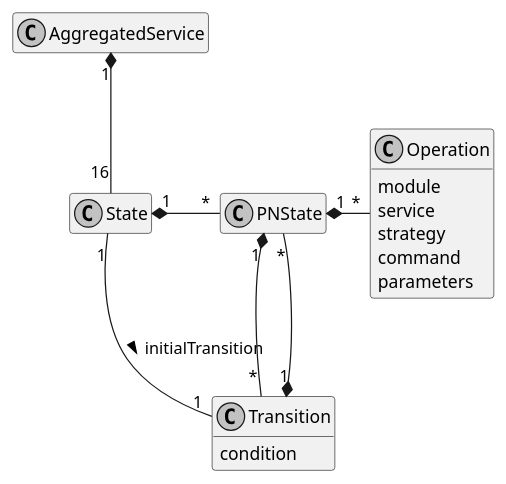
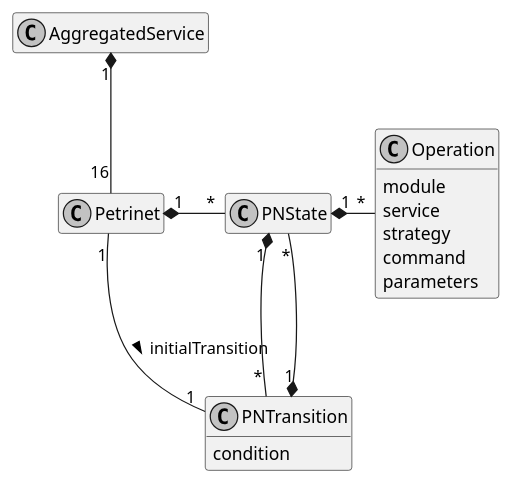
Before and after one commit to p2o-lab/polaris-backend: the diagram in doc/petrinet.puml, drawn with PlantUML. The commit also changed 1 other file, not shown here.

Commit message:
update uml diagrams

```diff
--- a/doc/petrinet.puml
+++ b/doc/petrinet.puml
@@ -1,40 +1,40 @@
 @startuml
 
 skinparam monochrome true
 hide methods
 hide empty fields
 
 class AggregatedService
 
 
 
-class State {
+class Petrinet {
 
 }
 
 class PNState
 
 class Operation {
 module
 service
 strategy
 command
 parameters
 }
 
-class Transition {
+class PNTransition {
 condition
 }
 
-AggregatedService "1" *-- "16" State
-State "1" *- "*" PNState
-State "1" -- "1" Transition : > initialTransition
+AggregatedService "1" *-- "16" Petrinet
+Petrinet "1" *- "*" PNState
+Petrinet "1" -- "1" PNTransition : > initialTransition
 
 
 
 PNState "1" *- "*" Operation
 
-PNState "1" *-- "*" Transition
+PNState "1" *-- "*" PNTransition
 
-Transition "1" *-- "*" PNState
+PNTransition "1" *-- "*" PNState
 @enduml
```
